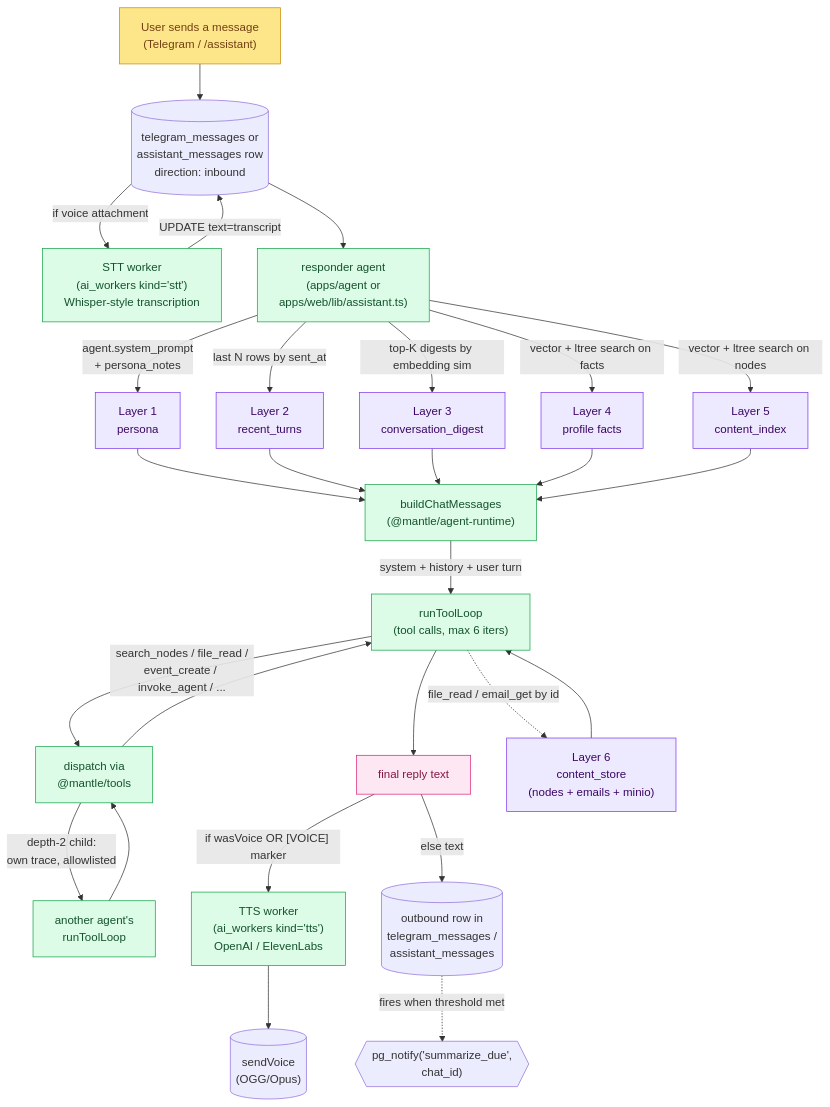
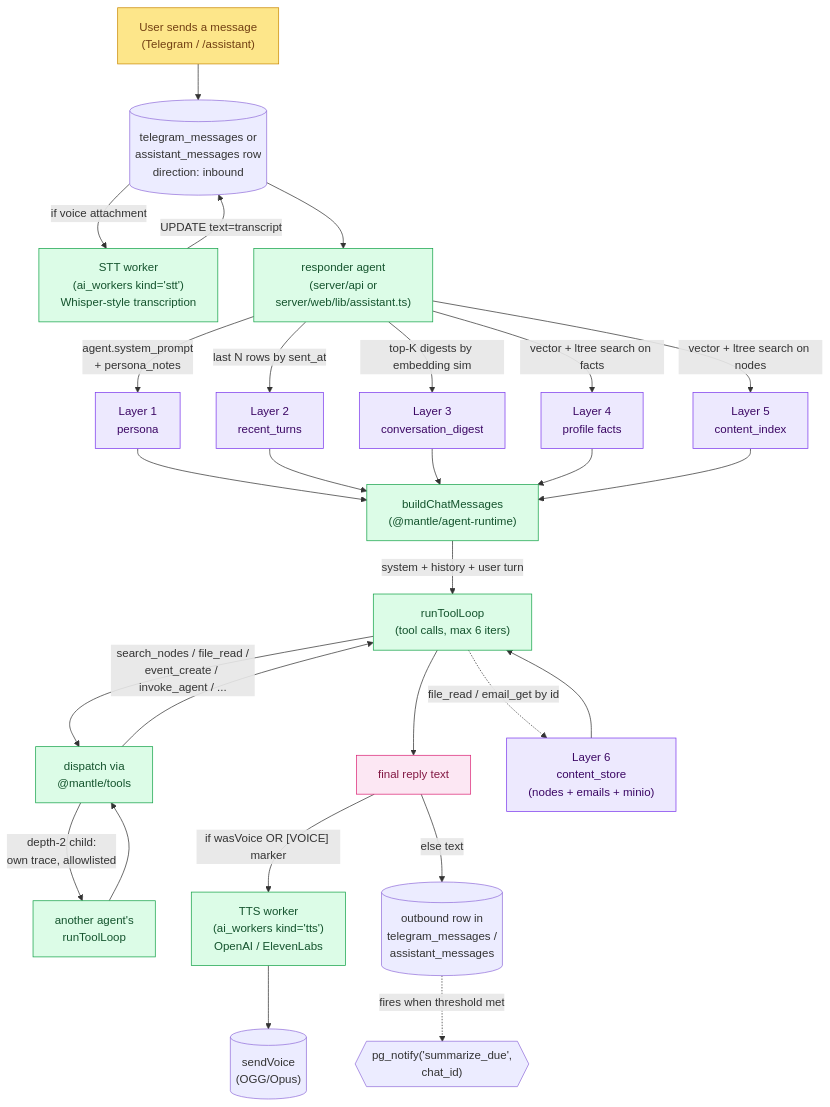
The second of 2 diagrams in docs/memory.md (crossworks-engineering/mantle), drawn with Mermaid before and after one commit. The commit also changed other lines of this file and 268 other files, not shown here.

````diff
--- a/docs/memory.md
+++ b/docs/memory.md
@@ -139,47 +139,47 @@
 ```mermaid
 flowchart TD
     classDef user   fill:#fde68a,stroke:#ca8a04,color:#713f12
     classDef layer  fill:#ede9fe,stroke:#7c3aed,color:#3b0764
     classDef agent  fill:#dcfce7,stroke:#16a34a,color:#14532d
     classDef out    fill:#fce7f3,stroke:#db2777,color:#831843
 
     U["User sends a message<br/>(Telegram / /assistant)"]:::user
     U --> IN[("telegram_messages or<br/>assistant_messages row<br/>direction: inbound")]
 
     %% Voice messages route through STT before the responder sees them
     IN -- "if voice attachment" --> STT["STT worker<br/>(ai_workers kind='stt')<br/>Whisper-style transcription"]:::agent
     STT -- "UPDATE text=transcript" --> IN
 
-    IN --> RESP["responder agent<br/>(apps/agent or<br/>apps/web/lib/assistant.ts)"]:::agent
+    IN --> RESP["responder agent<br/>(server/api or<br/>server/web/lib/assistant.ts)"]:::agent
 
     RESP -- "agent.system_prompt<br/>+ persona_notes" --> L1["Layer 1<br/>persona"]:::layer
     RESP -- "last N rows by sent_at" --> L2["Layer 2<br/>recent_turns"]:::layer
     RESP -- "top-K digests by embedding sim" --> L3["Layer 3<br/>conversation_digest"]:::layer
     RESP -- "vector + ltree search on facts" --> L4["Layer 4<br/>profile facts"]:::layer
     RESP -- "vector + ltree search on nodes" --> L5["Layer 5<br/>content_index"]:::layer
 
     L1 --> ASSY["buildChatMessages<br/>(@mantle/agent-runtime)"]:::agent
     L2 --> ASSY
     L3 --> ASSY
     L4 --> ASSY
     L5 --> ASSY
 
     ASSY -- "system + history + user turn" --> LOOP["runToolLoop<br/>(tool calls, max 6 iters)"]:::agent
 
     LOOP -- "search_nodes / file_read /<br/>event_create / invoke_agent / ..." --> TOOLS["dispatch via<br/>@mantle/tools"]:::agent
     TOOLS -- "depth-2 child:<br/>own trace, allowlisted" --> CHILD["another agent's<br/>runToolLoop"]:::agent
     CHILD --> TOOLS
     TOOLS --> LOOP
 
     LOOP --> REPLY["final reply text"]:::out
 
     %% Outbound voice — TTS when user voice-messaged us or LLM emitted [VOICE]
     REPLY -- "if wasVoice OR [VOICE] marker" --> TTS["TTS worker<br/>(ai_workers kind='tts')<br/>OpenAI / ElevenLabs"]:::agent
     TTS --> OUTV[("sendVoice<br/>(OGG/Opus)")]
     REPLY -- "else text" --> OUT[("outbound row in<br/>telegram_messages /<br/>assistant_messages")]
     OUT -. fires when threshold met .-> SD{{"pg_notify('summarize_due',<br/>chat_id)"}}
 
     %% Tier 6 fetch when full body needed
     LOOP -. "file_read / email_get by id" .-> L6["Layer 6<br/>content_store<br/>(nodes + emails + minio)"]:::layer
     L6 --> LOOP
 ```
````
